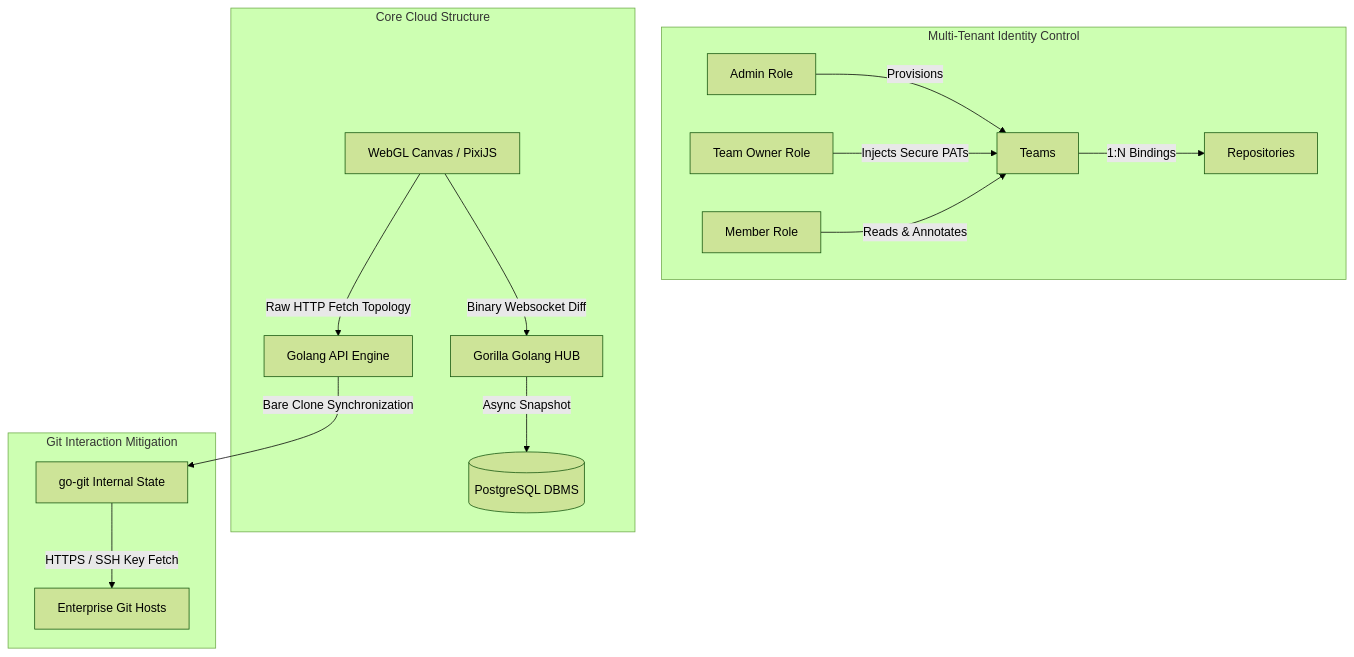
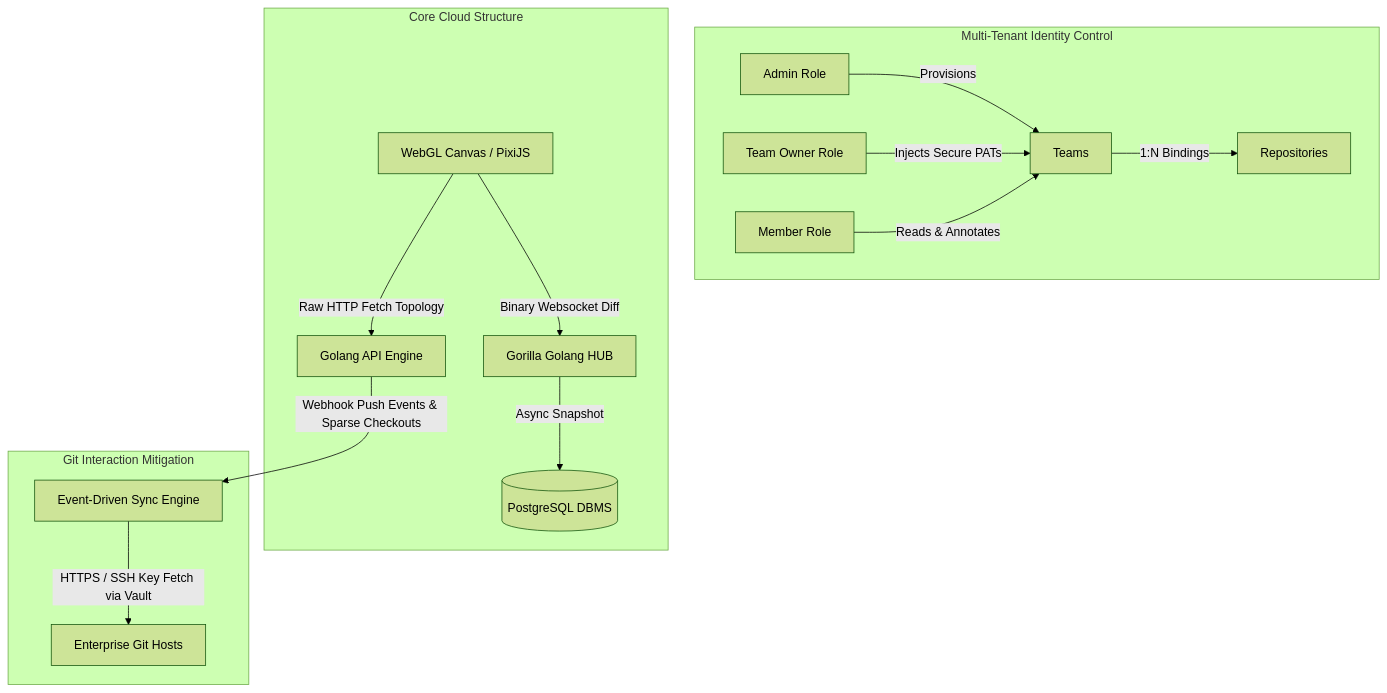
One commit to Ramin1886/Dabiran changed the diagram in docs/architecture.md. Above: the diagram before and after it, drawn with Mermaid (forest theme). The commit also changed other lines of this file and 2 other files, not shown here.

Commit message:
docs: integrate architectural improvements

````diff
--- a/docs/architecture.md
+++ b/docs/architecture.md
@@ -25,20 +26,20 @@
 ```mermaid
 graph TD
     subgraph Multi-Tenant Identity Control
     RBAC_Admin[Admin Role] -->|Provisions| Teams
     RBAC_Owner[Team Owner Role] -->|Injects Secure PATs| Teams
     RBAC_Member[Member Role] -->|Reads & Annotates| Teams
     Teams -->|1:N Bindings| Repositories
     end
 
     subgraph Core Cloud Structure
     React[WebGL Canvas / PixiJS] -->|Binary Websocket Diff| MUX
     MUX[Gorilla Golang HUB] -->|Async Snapshot| PG[(PostgreSQL DBMS)]
     React -->|Raw HTTP Fetch Topology| REST[Golang API Engine]
     end
 
     subgraph Git Interaction Mitigation
-    REST -->|Bare Clone Synchronization| GIT_Engine[go-git Internal State]
-    GIT_Engine -->|HTTPS / SSH Key Fetch| Enterprise_Git[Enterprise Git Hosts]
+    REST -->|Webhook Push Events & Sparse Checkouts| GIT_Engine[Event-Driven Sync Engine]
+    GIT_Engine -->|HTTPS / SSH Key Fetch via Vault| Enterprise_Git[Enterprise Git Hosts]
     end
 ```
````
